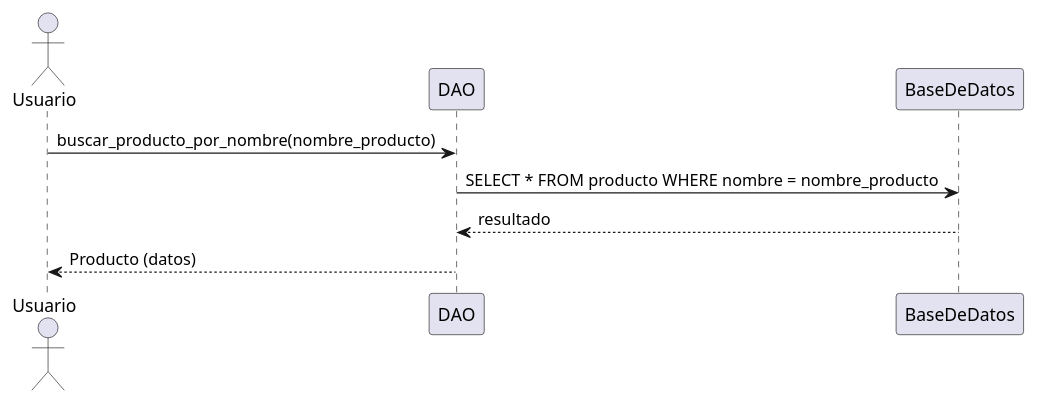
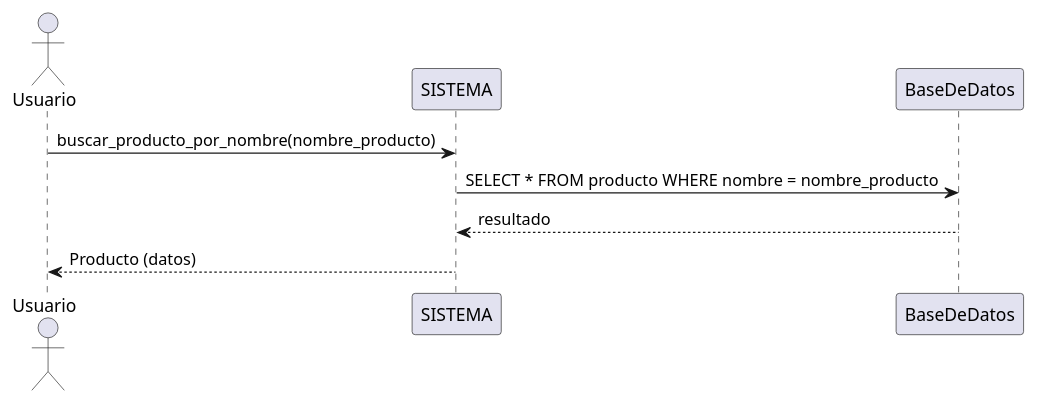
One commit to General-Jhon/PROYECTO_LENGUAJE-II changed the diagram in DiagramasUML/DiagramaSecuencia.puml. Above: the diagram before and after it, drawn with PlantUML. The commit also changed 9 other files, not shown here.

```diff
--- a/DiagramasUML/DiagramaSecuencia.puml
+++ b/DiagramasUML/DiagramaSecuencia.puml
@@ -1,7 +1,7 @@
 @startuml Inventario
 actor Usuario
-Usuario -> DAO : buscar_producto_por_nombre(nombre_producto)
-DAO -> BaseDeDatos : SELECT * FROM producto WHERE nombre = nombre_producto
-BaseDeDatos --> DAO : resultado
-DAO --> Usuario : Producto (datos)
+Usuario -> SISTEMA : buscar_producto_por_nombre(nombre_producto)
+SISTEMA -> BaseDeDatos : SELECT * FROM producto WHERE nombre = nombre_producto
+BaseDeDatos --> SISTEMA : resultado
+SISTEMA --> Usuario : Producto (datos)
 @enduml
```
